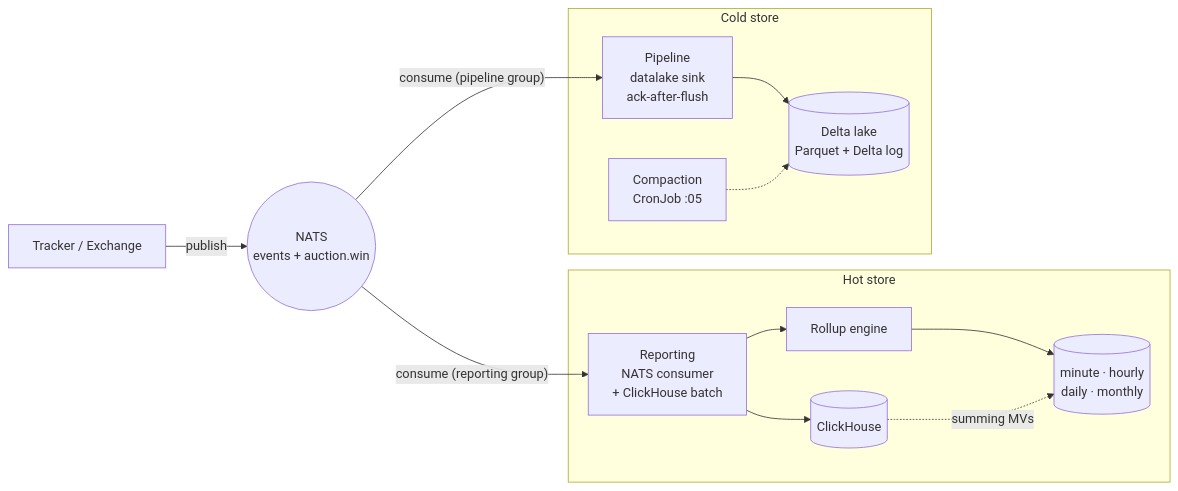
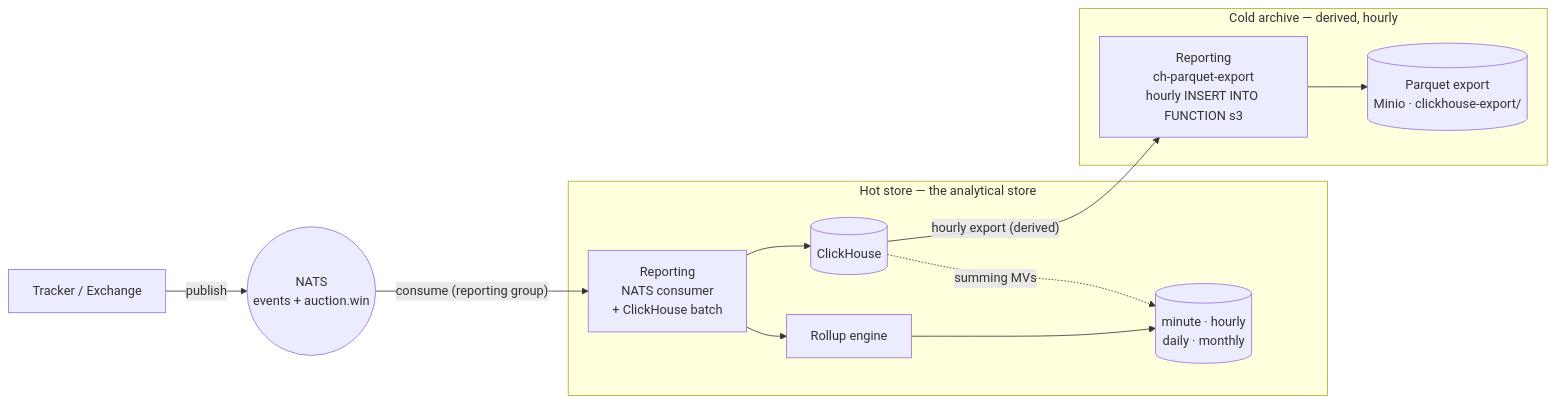
The first of 2 diagrams in web/static/diagrams/data-reporting.md (MichaelJohnWatters/ad-tech-mono), drawn with Mermaid before and after one commit. The commit also changed other lines of this file and 29 other files, not shown here.

First line of the commit message:
diagrams: redraw for the ClickHouse-only analytics stack (ADR 0006)

````diff
--- a/web/static/diagrams/data-reporting.md
+++ b/web/static/diagrams/data-reporting.md
@@ -12,19 +13,18 @@
 ```mermaid
 flowchart LR
   TR[Tracker / Exchange] -- publish --> N(("NATS<br/>events + auction.win"))
 
-  subgraph HOT[" Hot store "]
+  subgraph HOT[" Hot store — the analytical store "]
     REPc[Reporting<br/>NATS consumer<br/>+ ClickHouse batch] --> CH[(ClickHouse)]
     ROLL[Rollup engine] --> RUP[(minute · hourly<br/>daily · monthly)]
     CH -. summing MVs .-> RUP
   end
 
-  subgraph COLD[" Cold store "]
-    PIPEc[Pipeline<br/>datalake sink<br/>ack-after-flush] --> LAKE[(Delta lake<br/>Parquet + Delta log)]
-    COMP[Compaction<br/>CronJob :05] -.-> LAKE
+  subgraph COLD[" Cold archive — derived, hourly "]
+    EXP[Reporting<br/>ch-parquet-export<br/>hourly INSERT INTO FUNCTION s3] --> LAKE[(Parquet export<br/>Minio · clickhouse-export/)]
   end
 
   N -- "consume (reporting group)" --> REPc
-  N -- "consume (pipeline group)" --> PIPEc
   REPc --> ROLL
+  CH -- "hourly export (derived)" --> EXP
 ```
````
